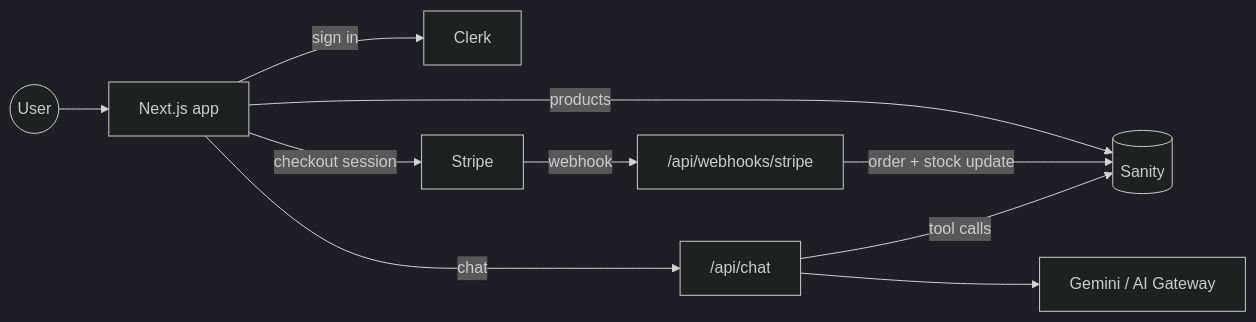
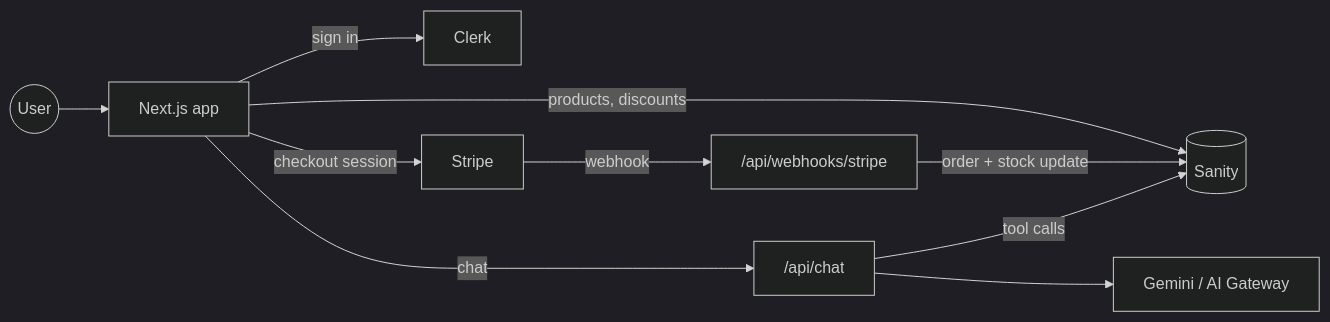
One commit to Lahanas/StoreCraft-ai changed the diagram in README.md. Above: the diagram before and after it, drawn with Mermaid (dark theme). The commit also changed other lines of this file and 42 other files, not shown here.

````diff
--- a/README.md
+++ b/README.md
@@ -49,12 +63,12 @@
 ```mermaid
 flowchart LR
     User((User)) --> App[Next.js app]
-    App -- products --> Sanity[(Sanity)]
+    App -- products, discounts --> Sanity[(Sanity)]
     App -- sign in --> Clerk
     App -- checkout session --> Stripe
     Stripe -- webhook --> Webhook["/api/webhooks/stripe"]
     Webhook -- order + stock update --> Sanity
     App -- chat --> Chat["/api/chat"]
     Chat -- tool calls --> Sanity
     Chat --> Model[Gemini / AI Gateway]
 ```
````
